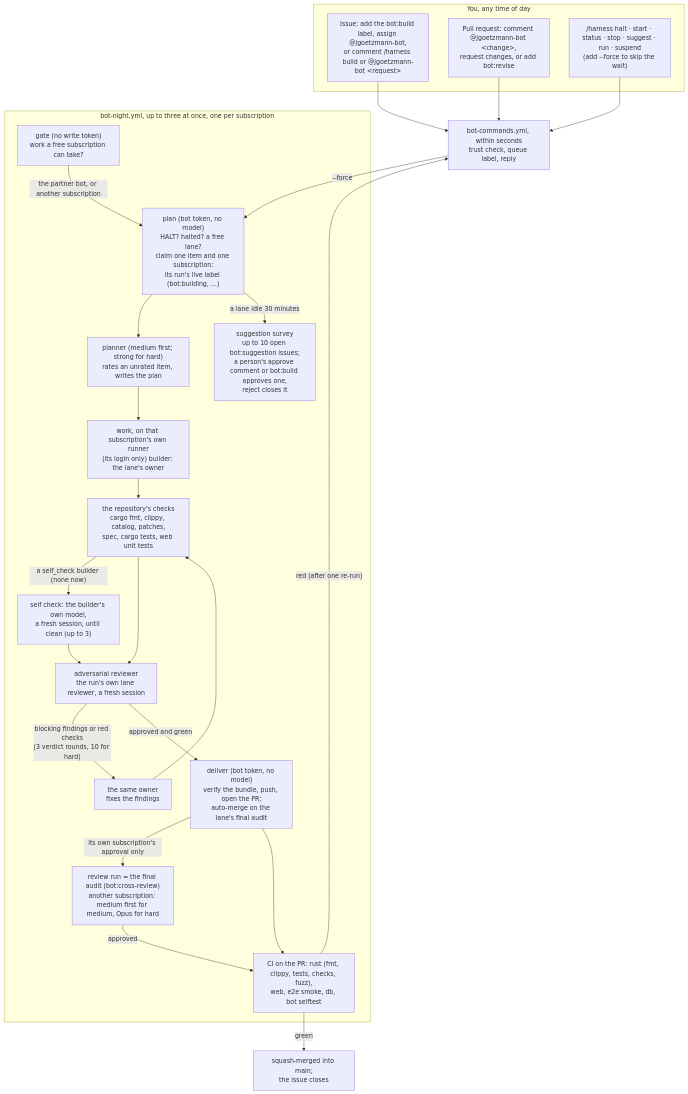
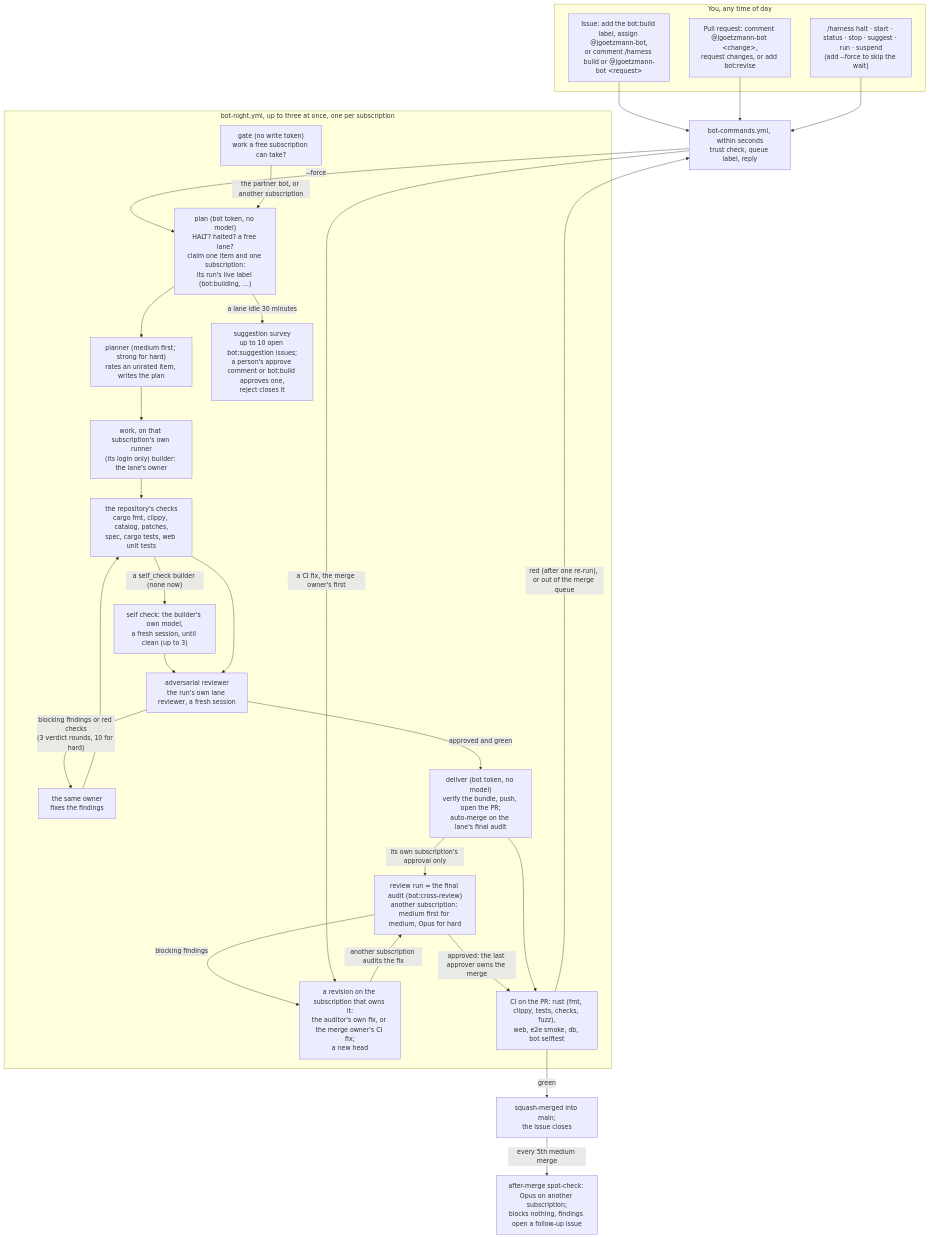
One commit to Jlore-Studios/JackiOh changed the diagram in bot/README.md. Above: the diagram before and after it, drawn with Mermaid. The commit also changed other lines of this file and 37 other files, not shown here.

First line of the commit message:
night bot: an auditor fixes its own findings, another subscription approves the fix, the last approver owns the merge, and Opus spot-checks every 5th merged medium change (#2748)

````diff
--- a/bot/README.md
+++ b/bot/README.md
@@ -35,33 +39,37 @@
 ```mermaid
 flowchart TD
   subgraph you["You, any time of day"]
     I["Issue: add the bot:build label, assign @jgoetzmann-bot,<br/>or comment /harness build or @jgoetzmann-bot &lt;request&gt;"]
     P["Pull request: comment @jgoetzmann-bot &lt;change&gt;,<br/>request changes, or add bot:revise"]
     K["/harness halt · start · status · stop · suggest · run · suspend<br/>(add --force to skip the wait)"]
   end
   I --> E
   P --> E
   K --> E
   E["bot-commands.yml, within seconds<br/>trust check, queue label, reply"]
   E -- "--force" --> PL
   subgraph night["bot-night.yml, up to three at once, one per subscription"]
     GA["gate (no write token)<br/>work a free subscription can take?"]
     GA -- "the partner bot, or another subscription" --> PL
     PL["plan (bot token, no model)<br/>HALT? halted? a free lane?<br/>claim one item and one subscription:<br/>its run's live label (bot:building, …)"]
     PL --> PN["planner (medium first; strong for hard)<br/>rates an unrated item, writes the plan"]
     PN --> B["work, on that subscription's own runner<br/>(its login only) builder: the lane's owner"]
     B --> G["the repository's checks<br/>cargo fmt, clippy, catalog, patches,<br/>spec, cargo tests, web unit tests"]
     G -- "a self_check builder (none now)" --> SC["self check: the builder's own model,<br/>a fresh session, until clean (up to 3)"]
     SC --> R
     G --> R["adversarial reviewer<br/>the run's own lane reviewer, a fresh session"]
     R -- "blocking findings or red checks<br/>(3 verdict rounds, 10 for hard)" --> F["the same owner<br/>fixes the findings"]
     F --> G
     R -- "approved and green" --> D["deliver (bot token, no model)<br/>verify the bundle, push, open the PR;<br/>auto-merge on the lane's final audit"]
     D -- "its own subscription's approval only" --> X["review run = the final audit (bot:cross-review)<br/>another subscription: medium first for medium, Opus for hard"]
-    X -- "approved" --> CI
+    X -- "blocking findings" --> XF["a revision on the subscription that owns it:<br/>the auditor's own fix, or the merge owner's CI fix;<br/>a new head"]
+    XF -- "another subscription audits the fix" --> X
+    X -- "approved: the last approver owns the merge" --> CI
     PL -- "a lane idle 30 minutes" --> S["suggestion survey<br/>up to 10 open bot:suggestion issues;<br/>a person's approve comment or bot:build approves one,<br/>reject closes it"]
   end
   D --> CI["CI on the PR: rust (fmt, clippy, tests, checks, fuzz),<br/>web, e2e smoke, db, bot selftest"]
   CI -- "green" --> M["squash-merged into main;<br/>the issue closes"]
-  CI -- "red (after one re-run)" --> E
+  CI -- "red (after one re-run), or out of the merge queue" --> E
+  E -- "a CI fix, the merge owner's first" --> XF
+  M -- "every 5th medium merge" --> SP["after-merge spot-check: Opus on another subscription;<br/>blocks nothing, findings open a follow-up issue"]
 ```
````
